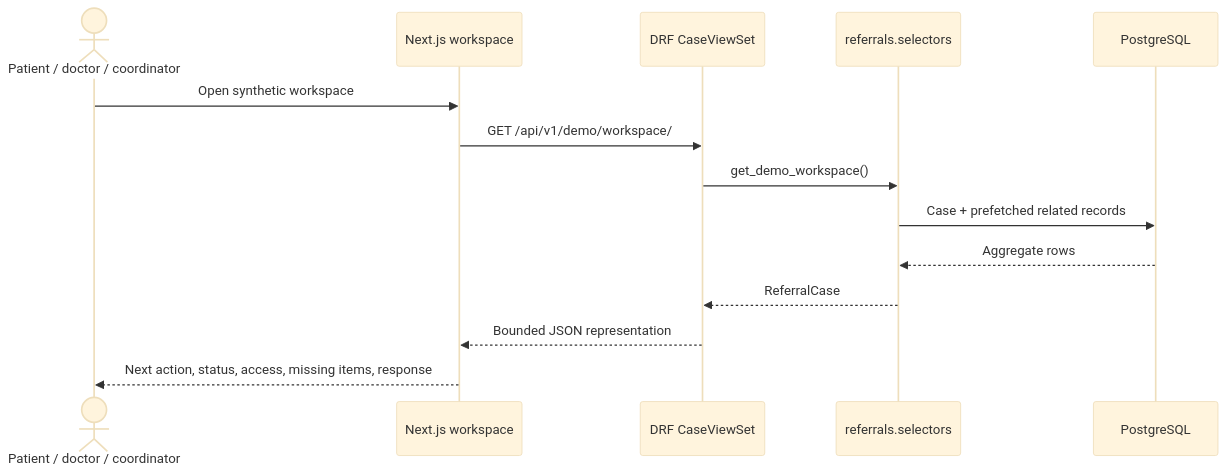
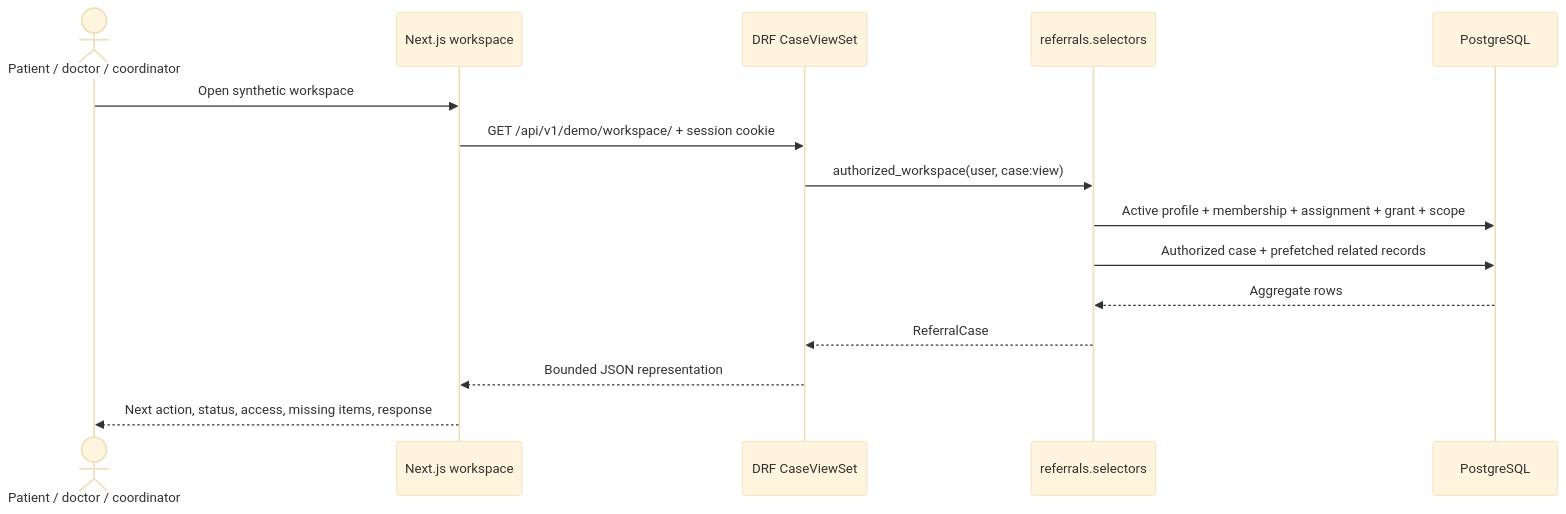
One commit to smitzo/KnockKnockDoc changed the first of 3 diagrams in docs/DATA_FLOW_AND_METHOD_CALLS.md. Above: the diagram before and after it, drawn with Mermaid (base theme). The commit also changed other lines of this file and 4 other files, not shown here.

````diff
--- a/docs/DATA_FLOW_AND_METHOD_CALLS.md
+++ b/docs/DATA_FLOW_AND_METHOD_CALLS.md
@@ -5,17 +5,18 @@
 ```mermaid
 sequenceDiagram
     actor User as Patient / doctor / coordinator
     participant UI as Next.js workspace
     participant API as DRF CaseViewSet
     participant Query as referrals.selectors
     participant DB as PostgreSQL
 
     User->>UI: Open synthetic workspace
-    UI->>API: GET /api/v1/demo/workspace/
-    API->>Query: get_demo_workspace()
-    Query->>DB: Case + prefetched related records
+    UI->>API: GET /api/v1/demo/workspace/ + session cookie
+    API->>Query: authorized_workspace(user, case:view)
+    Query->>DB: Active profile + membership + assignment + grant + scope
+    Query->>DB: Authorized case + prefetched related records
     DB-->>Query: Aggregate rows
     Query-->>API: ReferralCase
     API-->>UI: Bounded JSON representation
     UI-->>User: Next action, status, access, missing items, response
 ```
````
